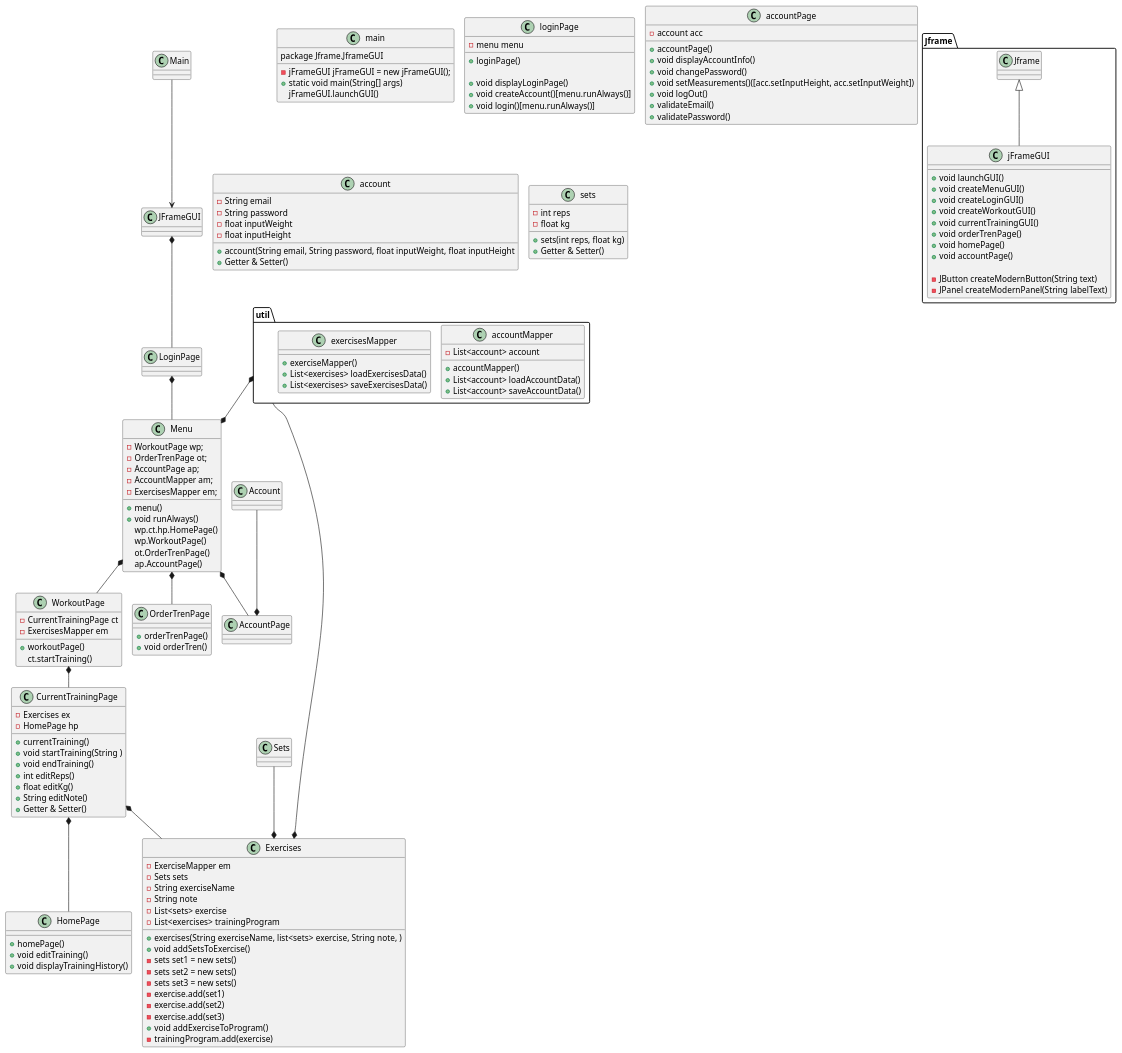
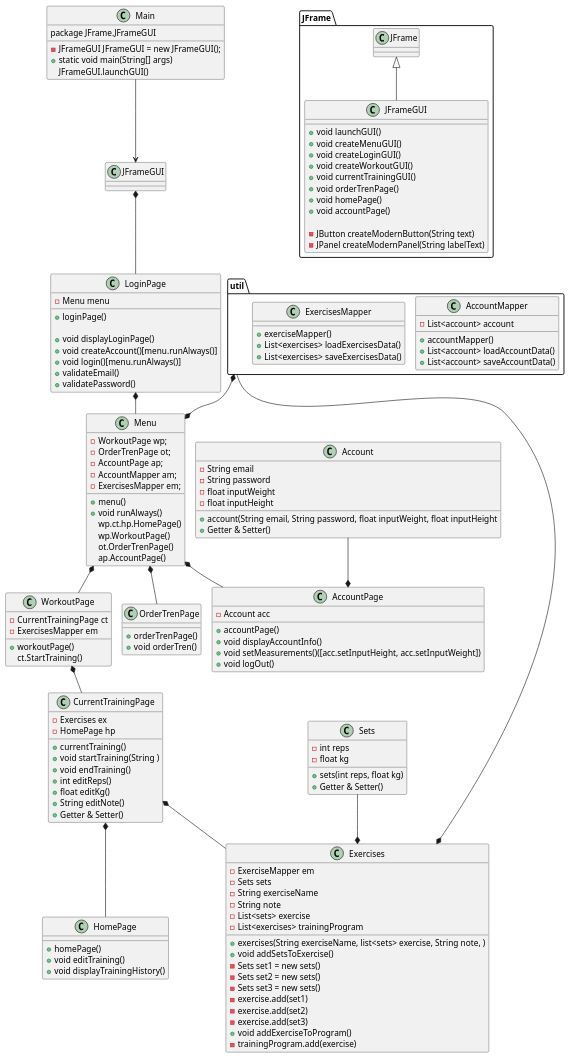
One commit to MarcusPFF/Trening-ICE-SEM1 changed the diagram in src/doc/diagram/class_diagram_v0.puml. Above: the diagram before and after it, drawn with PlantUML. The commit also changed 1 other file, not shown here.

```diff
--- a/src/doc/diagram/class_diagram_v0.puml
+++ b/src/doc/diagram/class_diagram_v0.puml
@@ -1,171 +1,168 @@
 @startuml
 !pragma layout smetana
 
 Main --> JFrameGUI
 JFrameGUI *-- LoginPage
 LoginPage *-- Menu
 CurrentTrainingPage *-- HomePage
 Menu *-- WorkoutPage
 Menu *-- AccountPage
 Menu *-- OrderTrenPage
 Account --* AccountPage
 CurrentTrainingPage *-- Exercises
 "util" *--* Menu
 "util" --* Exercises
 Sets --* Exercises
 
-class main {
-package Jframe.JframeGUI
-- jFrameGUI jFrameGUI = new jFrameGUI();
+class Main {
+package JFrame.JFrameGUI
+- JFrameGUI JFrameGUI = new JFrameGUI();
 + static void main(String[] args)
-jFrameGUI.launchGUI()
-
-
+JFrameGUI.launchGUI()
 
 }
-package Jframe{
-class jFrameGUI extends Jframe  {
+package JFrame{
+class JFrameGUI extends JFrame  {
 + void launchGUI()
 + void createMenuGUI()
 + void createLoginGUI()
 + void createWorkoutGUI()
 + void currentTrainingGUI()
 + void orderTrenPage()
 + void homePage()
 + void accountPage()
 
 - JButton createModernButton(String text)
 - JPanel createModernPanel(String labelText)
 }
 }
 
-class loginPage {
-- menu menu
+class LoginPage {
+- Menu menu
 
 ' Constructor
 + loginPage()
 
 ' Metoder
 + void displayLoginPage()
 + void createAccount()[menu.runAlways()]
 + void login()[menu.runAlways()]
++ validateEmail()
++ validatePassword()
 
 }
 class Menu {
 - WorkoutPage wp;
 - OrderTrenPage ot;
 - AccountPage ap;
 - AccountMapper am;
 - ExercisesMapper em;
 + menu()
 + void runAlways()
  wp.ct.hp.HomePage()
  wp.WorkoutPage()
  ot.OrderTrenPage()
  ap.AccountPage()
 
 
 }
 class HomePage{
 + homePage()
 + void editTraining()
 + void displayTrainingHistory()
 }
 class WorkoutPage {
 - CurrentTrainingPage ct
 - ExercisesMapper em
 + workoutPage()
-ct.startTraining()
+ct.StartTraining()
 
 }
 
 WorkoutPage *-- CurrentTrainingPage
 
 class CurrentTrainingPage{
 - Exercises ex
 - HomePage hp
 + currentTraining()
 + void startTraining(String )
 + void endTraining()
 + int editReps()
 + float editKg()
 + String editNote()
 + Getter & Setter()
 }
 
-class accountPage {
-- account acc
+class AccountPage {
+- Account acc
 + accountPage()
 + void displayAccountInfo()
-+ void changePassword()
 + void setMeasurements()([acc.setInputHeight, acc.setInputWeight])
 + void logOut()
-+ validateEmail()
-+ validatePassword()
 
 }
 class OrderTrenPage {
 + orderTrenPage()
 + void orderTren()
 
 }
 class Exercises {
 - ExerciseMapper em
 - Sets sets
 + exercises(String exerciseName, list<sets> exercise, String note, )
 - String exerciseName
 - String note
 - List<sets> exercise
 - List<exercises> trainingProgram
 
 
 + void addSetsToExercise()
-- sets set1 = new sets()
-- sets set2 = new sets()
-- sets set3 = new sets()
+- Sets set1 = new sets()
+- Sets set2 = new sets()
+- Sets set3 = new sets()
 - exercise.add(set1)
 - exercise.add(set2)
 - exercise.add(set3)
 + void addExerciseToProgram()
 - trainingProgram.add(exercise)
 
 
 
 
 
 }
 
-class account {
+class Account {
 - String email
 - String password
 - float inputWeight
 - float inputHeight
 
 + account(String email, String password, float inputWeight, float inputHeight
 + Getter & Setter()
 
 }
-class sets {
+class Sets {
 - int reps
 - float kg
 
 + sets(int reps, float kg)
 + Getter & Setter()
 }
 
 package "util" {
-class accountMapper {
+class AccountMapper {
 + accountMapper()
 - List<account> account
 
 +List<account> loadAccountData()
 +List<account> saveAccountData()
 }
 
-class exercisesMapper {
+class ExercisesMapper {
 + exerciseMapper()
 + List<exercises> loadExercisesData()
 + List<exercises> saveExercisesData()
 }
 }
 @enduml
```
